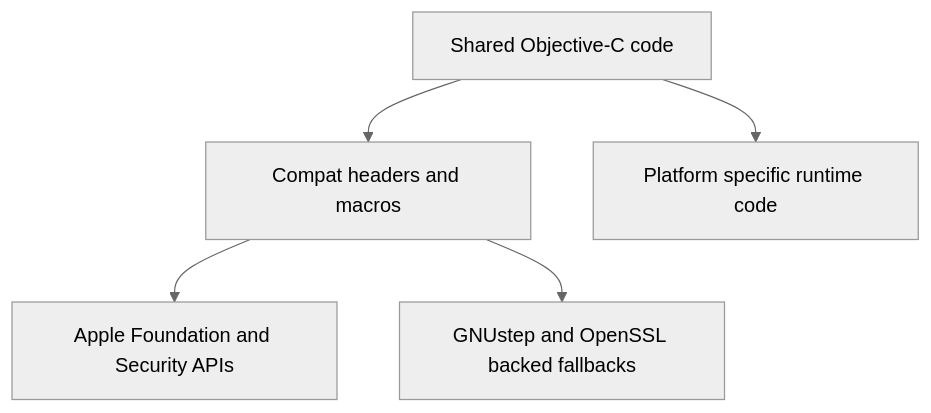
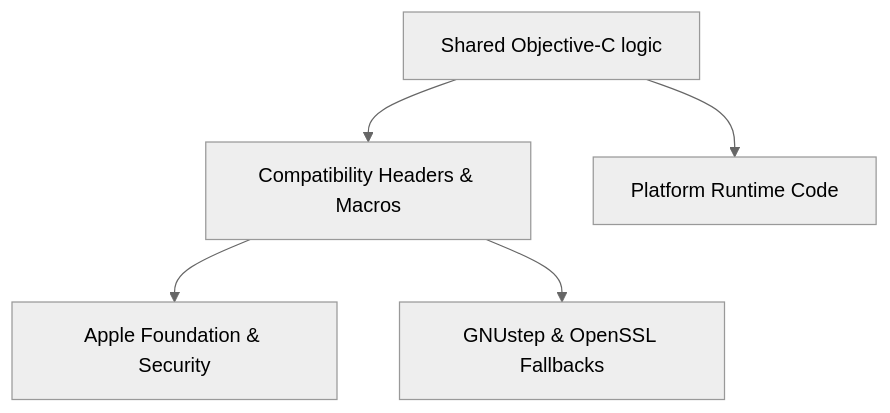
Before and after one commit to jvalinsky/garazyk: the diagram in docs/09-platform-compatibility/compatibility-layer.md, drawn with Mermaid (neutral theme). The commit also changed other lines of this file and 122 other files, not shown here.

````diff
--- a/docs/09-platform-compatibility/compatibility-layer.md
+++ b/docs/09-platform-compatibility/compatibility-layer.md
@@ -13,13 +13,13 @@
 ```mermaid
 flowchart TD
-    Shared["Shared Objective-C code"]
-    Compat["Compat headers and macros"]
-    Apple["Apple Foundation and Security APIs"]
-    GNU["GNUstep and OpenSSL backed fallbacks"]
-    Platform["Platform specific runtime code"]
+    Shared["Shared Objective-C logic"]
+    Compat["Compatibility Headers & Macros"]
+    Apple["Apple Foundation & Security"]
+    GNU["GNUstep & OpenSSL Fallbacks"]
+    Platform["Platform Runtime Code"]
 
     Shared --> Compat
     Compat --> Apple
     Compat --> GNU
     Shared --> Platform
 ```
````
